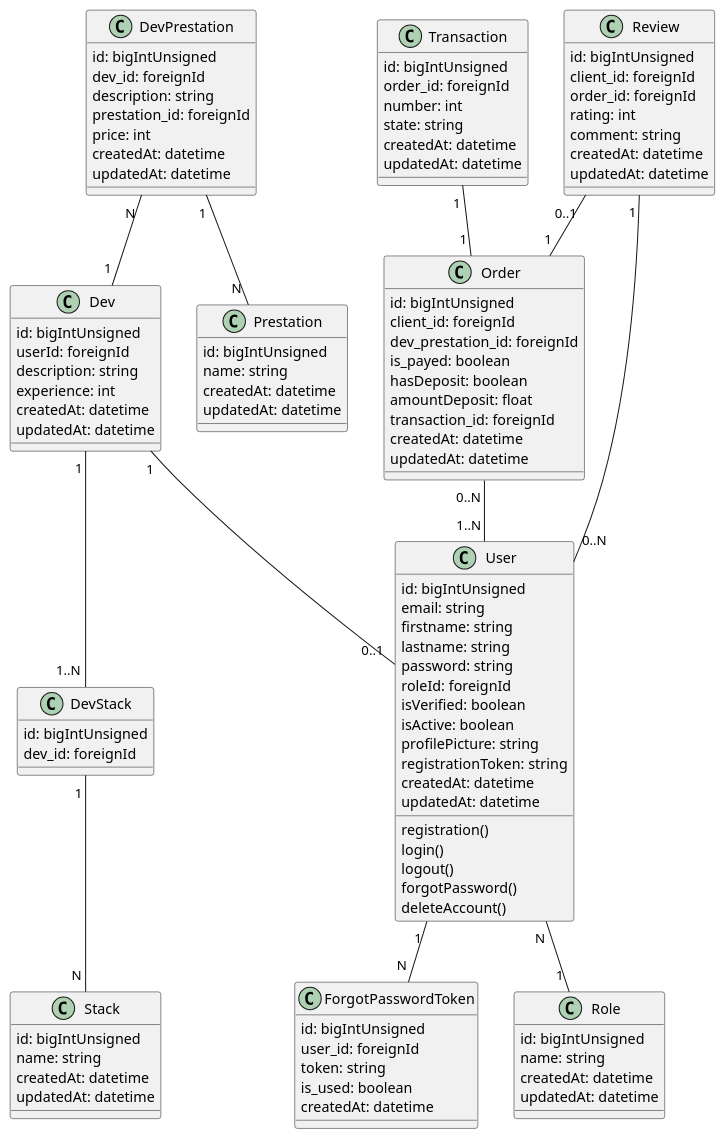
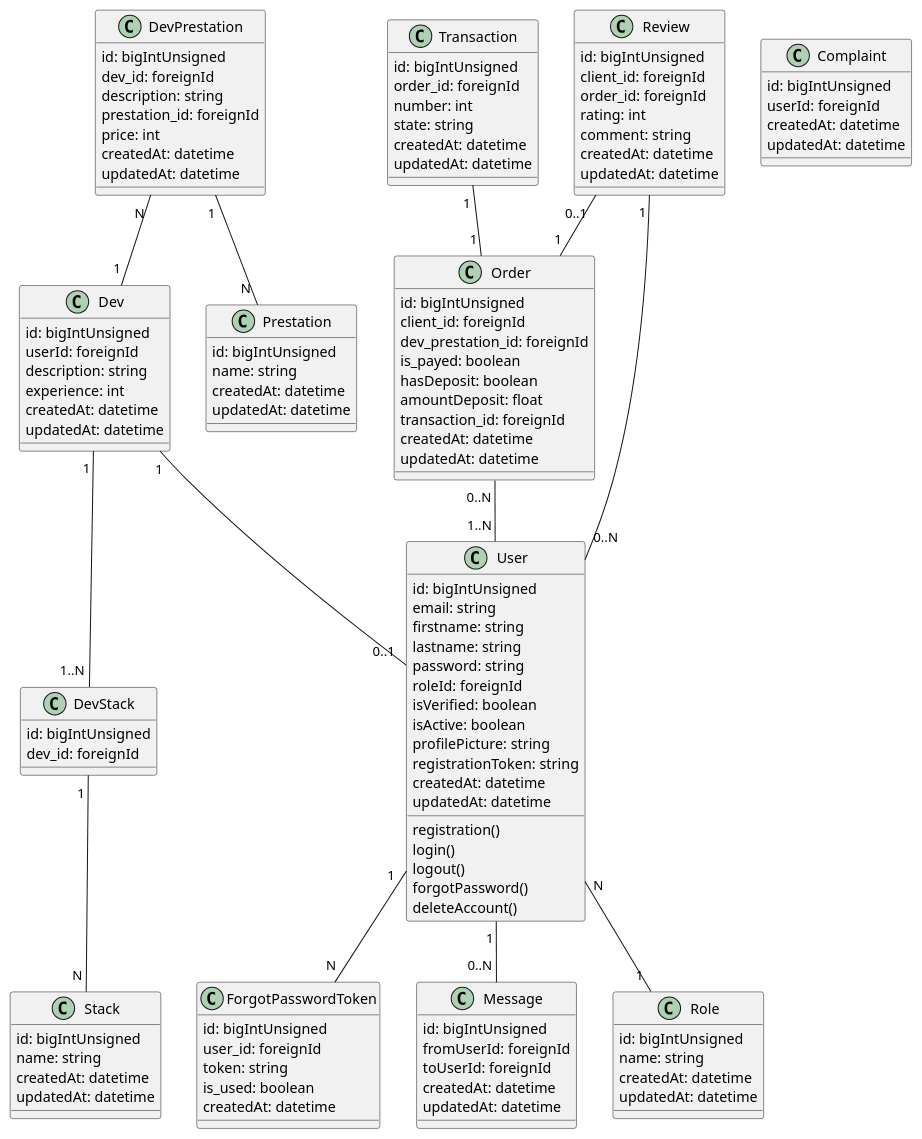
One commit to Loic-Jhs/deverr-back changed the diagram in docs/diagrams/classDiagram.plantuml. Above: the diagram before and after it, drawn with PlantUML. The commit also changed 1 other file, not shown here.

Commit message:
update classdiagram + entity relation diagram

```diff
--- a/docs/diagrams/classDiagram.plantuml
+++ b/docs/diagrams/classDiagram.plantuml
@@ -1,122 +1,137 @@
 @startuml Class
 
 class User {
   id: bigIntUnsigned
   email: string
   firstname: string
   lastname: string
   password: string
   roleId: foreignId
   isVerified: boolean
   isActive: boolean
   profilePicture: string
   registrationToken: string
   createdAt: datetime
   updatedAt: datetime
 
   registration()
   login()
   logout()
   forgotPassword()
   deleteAccount()
 }
 
 class Dev {
   id: bigIntUnsigned
   userId: foreignId
   description: string
   experience: int
   createdAt: datetime
   updatedAt: datetime
 }
 
 class Role {
   id: bigIntUnsigned
   name: string
   createdAt: datetime
   updatedAt: datetime
 }
 
 class Prestation {
   id: bigIntUnsigned
   name: string
   createdAt: datetime
   updatedAt: datetime
 }
 
 class DevPrestation {
   id: bigIntUnsigned
   dev_id: foreignId
   description: string
   prestation_id: foreignId
   price: int
   createdAt: datetime
   updatedAt: datetime
 }
 
 class DevStack {
   id: bigIntUnsigned
   dev_id: foreignId
 
 }
 
 class Stack {
   id: bigIntUnsigned
   name: string
   createdAt: datetime
   updatedAt: datetime
 }
 
 class ForgotPasswordToken {
   id: bigIntUnsigned
   user_id: foreignId
   token: string
   is_used: boolean
   createdAt: datetime
 }
 
 class Order {
   id: bigIntUnsigned
   client_id: foreignId
   dev_prestation_id: foreignId
   is_payed: boolean
   hasDeposit: boolean
   amountDeposit: float
   transaction_id: foreignId
   createdAt: datetime
   updatedAt: datetime
 }
 
 class Transaction {
   id: bigIntUnsigned
   order_id: foreignId
   number: int
   state: string
   createdAt: datetime
   updatedAt: datetime
 
 }
 
 class Review {
   id: bigIntUnsigned
   client_id: foreignId
   order_id: foreignId
   rating: int
   comment: string
   createdAt: datetime
   updatedAt: datetime
 }
 
+class Message {
+  id: bigIntUnsigned
+  fromUserId: foreignId
+  toUserId: foreignId
+  createdAt: datetime
+  updatedAt: datetime
+}
+
+class Complaint {
+    id: bigIntUnsigned
+    userId: foreignId
+    createdAt: datetime
+    updatedAt: datetime
+}
+
 User "N " -- "1 " Role
 User "1 " -- "N " ForgotPasswordToken
 Order "0..N " -- "1..N " User
 Transaction "1 " -- "1 " Order
 Dev "1 " -- "0..1 " User
 Dev "1 " -- "1..N " DevStack
 DevStack "1 " -- "N " Stack
 Review "1 " -- "0..N " User
 Review "0..1 " -- "1 " Order
 DevPrestation "1 " -- "N " Prestation
 DevPrestation "N " -- "1 " Dev
-
+User "1 " -- "0..N " Message
 @enduml
```
